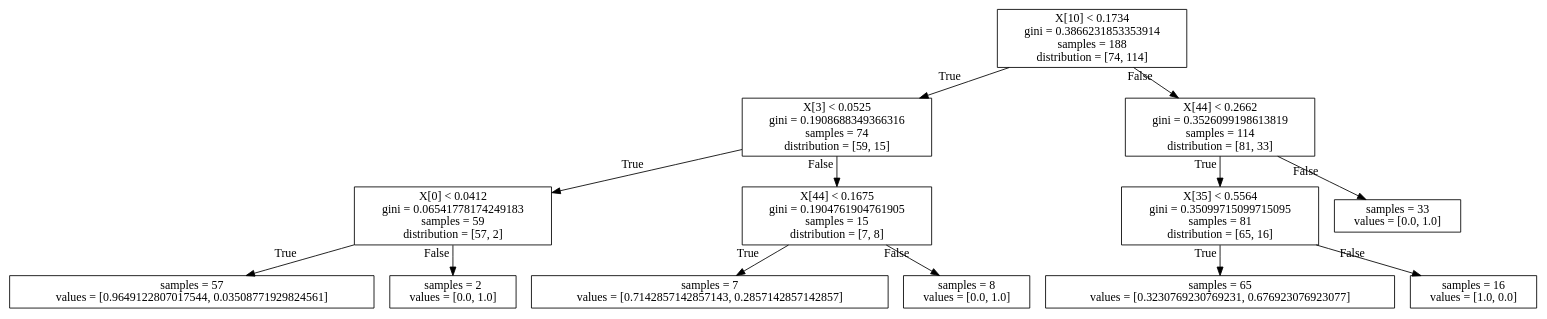
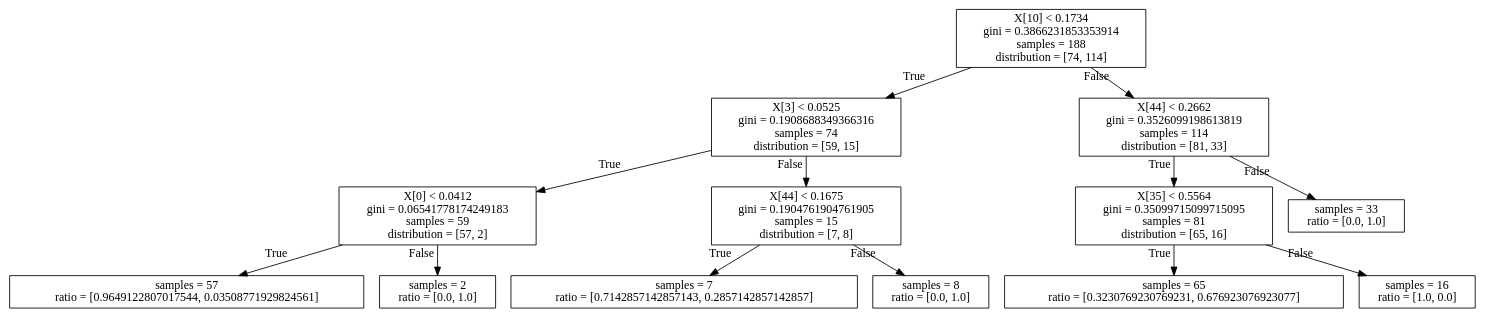
Before and after one commit to xingfanxia/comps_ediscovery: the diagram in xiax_exps/tree.dot, drawn with Graphviz. The commit also changed 3 other files, not shown here.

Commit message:
change keyword in graphviz

```diff
--- a/xiax_exps/tree.dot
+++ b/xiax_exps/tree.dot
@@ -1,53 +1,53 @@
 digraph Tree {
 node [shape=box];
-2974850473 [label="X[10] < 0.1734
+1627041018 [label="X[10] < 0.1734
 gini = 0.3866231853353914
 samples = 188
 distribution = [74, 114]"];
-7062461470 [label="X[3] < 0.0525
+6914585879 [label="X[3] < 0.0525
 gini = 0.1908688349366316
 samples = 74
 distribution = [59, 15]"];
-2974850473 -> 7062461470 [labeldistance=8, labelangle=30, xlabel="True"]
-1125776940 [label="X[44] < 0.2662
+1627041018 -> 6914585879 [labeldistance=8, labelangle=30, xlabel="True"]
+6397634873 [label="X[44] < 0.2662
 gini = 0.3526099198613819
 samples = 114
 distribution = [81, 33]"];
-2974850473 -> 1125776940 [labeldistance=8, labelangle=-30, xlabel="False"]
-2417634809 [label="X[0] < 0.0412
+1627041018 -> 6397634873 [labeldistance=8, labelangle=-30, xlabel="False"]
+8928110768 [label="X[0] < 0.0412
 gini = 0.06541778174249183
 samples = 59
 distribution = [57, 2]"];
-7062461470 -> 2417634809 [labeldistance=8, labelangle=30, xlabel="True"]
-1762320756 [label="X[44] < 0.1675
+6914585879 -> 8928110768 [labeldistance=8, labelangle=30, xlabel="True"]
+1903016023 [label="X[44] < 0.1675
 gini = 0.1904761904761905
 samples = 15
 distribution = [7, 8]"];
-7062461470 -> 1762320756 [labeldistance=8, labelangle=-30, xlabel="False"]
-9402639856 [label="X[35] < 0.5564
+6914585879 -> 1903016023 [labeldistance=8, labelangle=-30, xlabel="False"]
+9907503828 [label="X[35] < 0.5564
 gini = 0.35099715099715095
 samples = 81
 distribution = [65, 16]"];
-1125776940 -> 9402639856 [labeldistance=8, labelangle=30, xlabel="True"]
-5638708853 [label="samples = 33
-values = [0.0, 1.0]"];
-1125776940 -> 5638708853 [labeldistance=8, labelangle=-30, xlabel="False"]
-5869682784 [label="samples = 57
-values = [0.9649122807017544, 0.03508771929824561]"];
-2417634809 -> 5869682784 [labeldistance=8, labelangle=30, xlabel="True"]
-7730958837 [label="samples = 2
-values = [0.0, 1.0]"];
-2417634809 -> 7730958837 [labeldistance=8, labelangle=-30, xlabel="False"]
-7752762055 [label="samples = 7
-values = [0.7142857142857143, 0.2857142857142857]"];
-1762320756 -> 7752762055 [labeldistance=8, labelangle=30, xlabel="True"]
-4617040030 [label="samples = 8
-values = [0.0, 1.0]"];
-1762320756 -> 4617040030 [labeldistance=8, labelangle=-30, xlabel="False"]
-8639009637 [label="samples = 65
-values = [0.3230769230769231, 0.676923076923077]"];
-9402639856 -> 8639009637 [labeldistance=8, labelangle=30, xlabel="True"]
-1464176224 [label="samples = 16
-values = [1.0, 0.0]"];
-9402639856 -> 1464176224 [labeldistance=8, labelangle=-30, xlabel="False"]
+6397634873 -> 9907503828 [labeldistance=8, labelangle=30, xlabel="True"]
+4901246806 [label="samples = 33
+ratio = [0.0, 1.0]"];
+6397634873 -> 4901246806 [labeldistance=8, labelangle=-30, xlabel="False"]
+6581939416 [label="samples = 57
+ratio = [0.9649122807017544, 0.03508771929824561]"];
+8928110768 -> 6581939416 [labeldistance=8, labelangle=30, xlabel="True"]
+7038894081 [label="samples = 2
+ratio = [0.0, 1.0]"];
+8928110768 -> 7038894081 [labeldistance=8, labelangle=-30, xlabel="False"]
+4824427798 [label="samples = 7
+ratio = [0.7142857142857143, 0.2857142857142857]"];
+1903016023 -> 4824427798 [labeldistance=8, labelangle=30, xlabel="True"]
+7986621351 [label="samples = 8
+ratio = [0.0, 1.0]"];
+1903016023 -> 7986621351 [labeldistance=8, labelangle=-30, xlabel="False"]
+9105689603 [label="samples = 65
+ratio = [0.3230769230769231, 0.676923076923077]"];
+9907503828 -> 9105689603 [labeldistance=8, labelangle=30, xlabel="True"]
+7896827318 [label="samples = 16
+ratio = [1.0, 0.0]"];
+9907503828 -> 7896827318 [labeldistance=8, labelangle=-30, xlabel="False"]
 }
```
